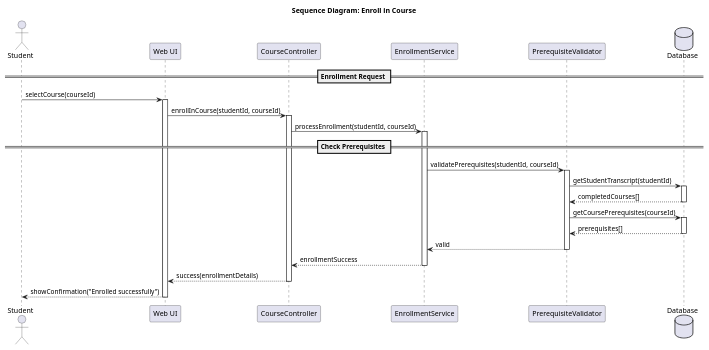
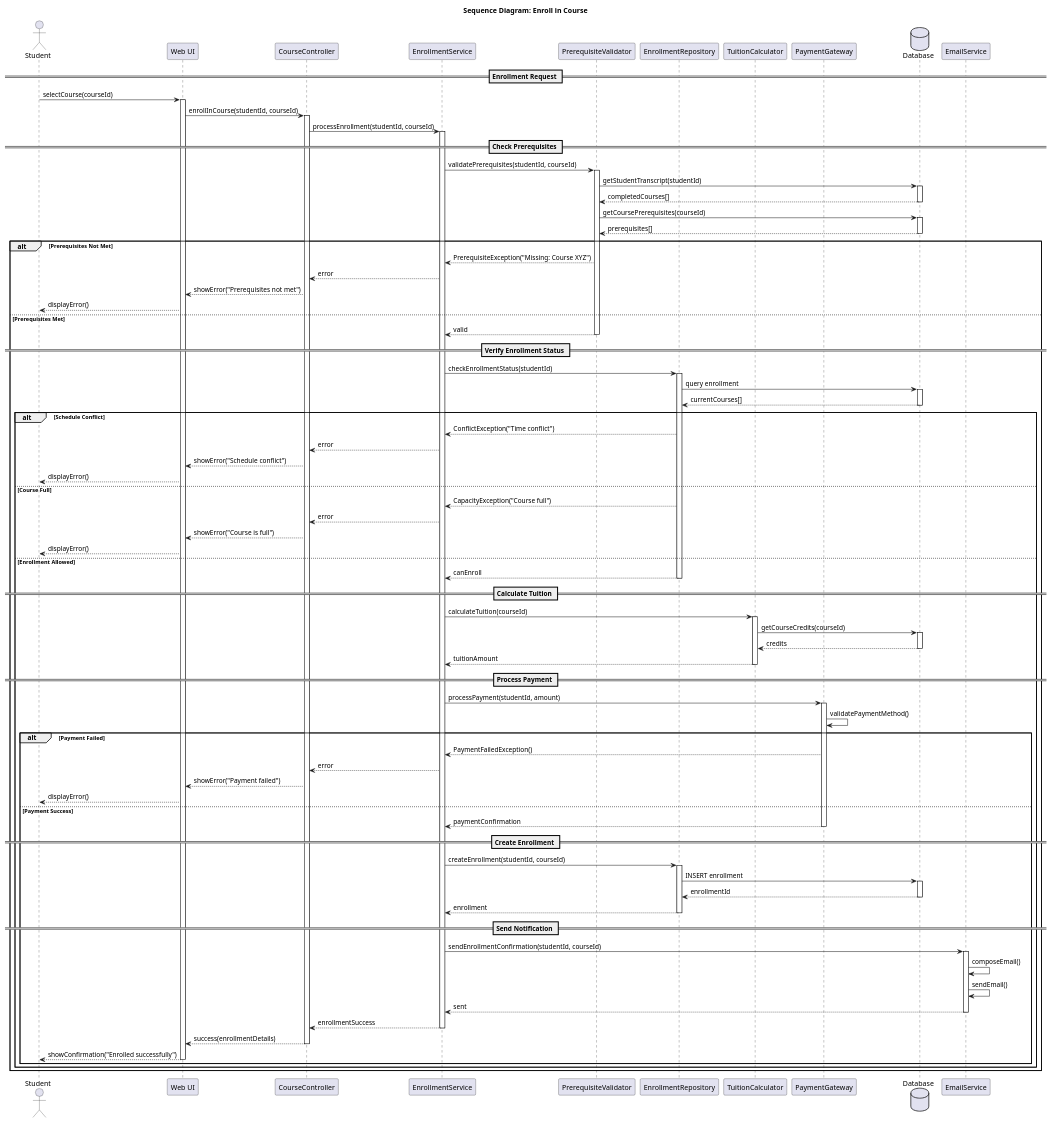
Before and after one commit to Aligheri/Nechai_labs: the diagram in lab3/sequence_enroll_course.puml, drawn with PlantUML.

Commit message:
Enhance enrollment diagram with payment flow and error handling

```diff
--- a/lab3/sequence_enroll_course.puml
+++ b/lab3/sequence_enroll_course.puml
@@ -1,48 +1,133 @@
 @startuml Enroll_in_Course_Sequence
 
 title Sequence Diagram: Enroll in Course
 
 actor Student
 participant "Web UI" as UI
 participant "CourseController" as Controller
 participant "EnrollmentService" as Service
 participant "PrerequisiteValidator" as Validator
+participant "EnrollmentRepository" as EnrollRepo
+participant "TuitionCalculator" as Calculator
+participant "PaymentGateway" as Payment
 database "Database" as DB
+participant "EmailService" as Email
 
 == Enrollment Request ==
 Student -> UI: selectCourse(courseId)
 activate UI
 
 UI -> Controller: enrollInCourse(studentId, courseId)
 activate Controller
 
 Controller -> Service: processEnrollment(studentId, courseId)
 activate Service
 
 == Check Prerequisites ==
 Service -> Validator: validatePrerequisites(studentId, courseId)
 activate Validator
 
 Validator -> DB: getStudentTranscript(studentId)
 activate DB
 DB --> Validator: completedCourses[]
 deactivate DB
 
 Validator -> DB: getCoursePrerequisites(courseId)
 activate DB
 DB --> Validator: prerequisites[]
 deactivate DB
 
-Validator --> Service: valid
-deactivate Validator
+alt Prerequisites Not Met
+    Validator --> Service: PrerequisiteException("Missing: Course XYZ")
+    Service --> Controller: error
+    Controller --> UI: showError("Prerequisites not met")
+    UI --> Student: displayError()
+else Prerequisites Met
+    Validator --> Service: valid
+    deactivate Validator
 
-Service --> Controller: enrollmentSuccess
-deactivate Service
+    == Verify Enrollment Status ==
+    Service -> EnrollRepo: checkEnrollmentStatus(studentId)
+    activate EnrollRepo
 
-Controller --> UI: success(enrollmentDetails)
-deactivate Controller
+    EnrollRepo -> DB: query enrollment
+    activate DB
+    DB --> EnrollRepo: currentCourses[]
+    deactivate DB
 
-UI --> Student: showConfirmation("Enrolled successfully")
-deactivate UI
+    alt Schedule Conflict
+        EnrollRepo --> Service: ConflictException("Time conflict")
+        Service --> Controller: error
+        Controller --> UI: showError("Schedule conflict")
+        UI --> Student: displayError()
+    else Course Full
+        EnrollRepo --> Service: CapacityException("Course full")
+        Service --> Controller: error
+        Controller --> UI: showError("Course is full")
+        UI --> Student: displayError()
+    else Enrollment Allowed
+        EnrollRepo --> Service: canEnroll
+        deactivate EnrollRepo
+
+        == Calculate Tuition ==
+        Service -> Calculator: calculateTuition(courseId)
+        activate Calculator
+
+        Calculator -> DB: getCourseCredits(courseId)
+        activate DB
+        DB --> Calculator: credits
+        deactivate DB
+
+        Calculator --> Service: tuitionAmount
+        deactivate Calculator
+
+        == Process Payment ==
+        Service -> Payment: processPayment(studentId, amount)
+        activate Payment
+
+        Payment -> Payment: validatePaymentMethod()
+
+        alt Payment Failed
+            Payment --> Service: PaymentFailedException()
+            Service --> Controller: error
+            Controller --> UI: showError("Payment failed")
+            UI --> Student: displayError()
+        else Payment Success
+            Payment --> Service: paymentConfirmation
+            deactivate Payment
+
+            == Create Enrollment ==
+            Service -> EnrollRepo: createEnrollment(studentId, courseId)
+            activate EnrollRepo
+
+            EnrollRepo -> DB: INSERT enrollment
+            activate DB
+            DB --> EnrollRepo: enrollmentId
+            deactivate DB
+
+            EnrollRepo --> Service: enrollment
+            deactivate EnrollRepo
+
+            == Send Notification ==
+            Service -> Email: sendEnrollmentConfirmation(studentId, courseId)
+            activate Email
+
+            Email -> Email: composeEmail()
+            Email -> Email: sendEmail()
+
+            Email --> Service: sent
+            deactivate Email
+
+            Service --> Controller: enrollmentSuccess
+            deactivate Service
+
+            Controller --> UI: success(enrollmentDetails)
+            deactivate Controller
+
+            UI --> Student: showConfirmation("Enrolled successfully")
+            deactivate UI
+        end
+    end
+end
 
 @enduml
```
